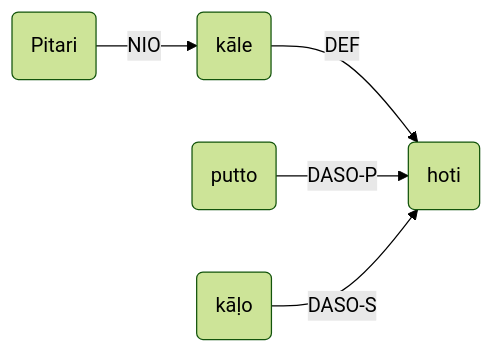
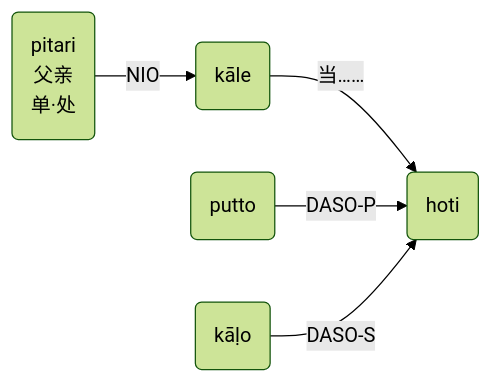
One commit to iapt-platform/pali-handbook changed the third of 4 diagrams in src/advance-relation/20_nouns.md. Above: the diagram before and after it, drawn with Mermaid (forest theme). The commit also changed other lines of this file and 15 other files, not shown here.

````diff
--- a/src/advance-relation/20_nouns.md
+++ b/src/advance-relation/20_nouns.md
@@ -47,12 +56,12 @@
-```mermaid
+<div class="mermaid">
 flowchart LR
-A("Pitari")
+A("pitari<br>父亲<br>单·处")
 B("kāle")
 C("putto")
 D("kāḷo")
 E("hoti")
 A--"NIO"-->B
-B--"DEF"-->E
+B--"当……"-->E
 C--"DASO-P"-->E
 D--"DASO-S"-->E
-```
+</div>
````
